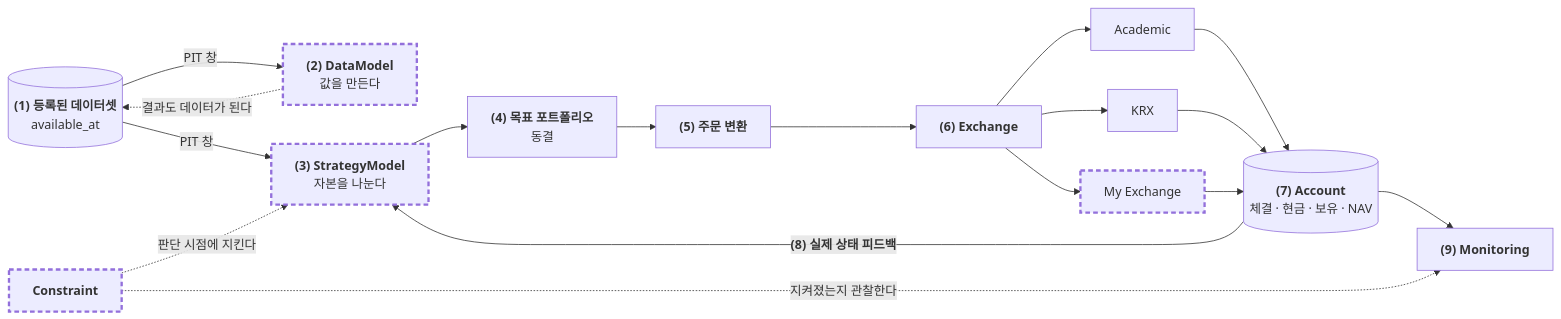
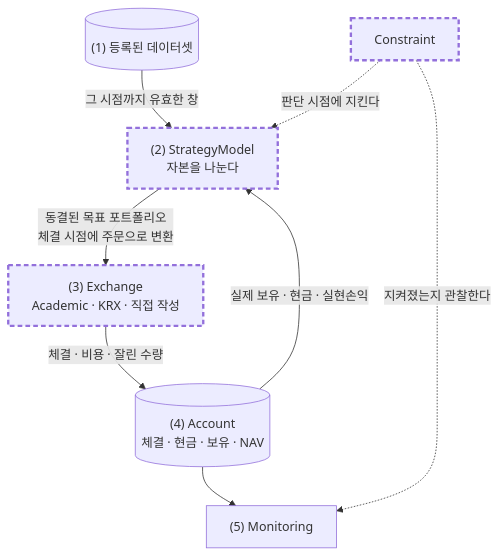
Before and after one commit to jaepil-choi/qlibx: the second of 3 diagrams in README-draft.md, drawn with Mermaid. The commit also changed other lines of this file, not shown here.

````diff
--- a/README-draft.md
+++ b/README-draft.md
@@ -103,33 +107,20 @@
 ```mermaid
-flowchart LR
-    DATA[("<b>(1) 등록된 데이터셋</b><br/>available_at")]
-    DM["<b>(2) DataModel</b><br/>값을 만든다"]
-    SM["<b>(3) StrategyModel</b><br/>자본을 나눈다"]
-    PORT["<b>(4) 목표 포트폴리오</b><br/>동결"]
-    ORD["<b>(5) 주문 변환</b>"]
-    EXC["<b>(6) Exchange</b>"]
-    ACAD["Academic"]
-    KRX["KRX"]
-    MINE["My Exchange"]
-    ACC[("<b>(7) Account</b><br/>체결 · 현금 · 보유 · NAV")]
-    CON["<b>Constraint</b>"]
-    MON["<b>(9) Monitoring</b>"]
+flowchart TD
+    DATA[("(1) 등록된 데이터셋")]
+    SM["(2) StrategyModel<br/>자본을 나눈다"]
+    EXC["(3) Exchange<br/>Academic · KRX · 직접 작성"]
+    ACC[("(4) Account<br/>체결 · 현금 · 보유 · NAV")]
+    MON["(5) Monitoring"]
+    CON["Constraint"]
 
-    DATA -->|"PIT 창"| DM
-    DM -.->|"결과도 데이터가 된다"| DATA
-    DATA -->|"PIT 창"| SM
-    SM --> PORT --> ORD --> EXC
-    EXC --> ACAD
-    EXC --> KRX
-    EXC --> MINE
-    ACAD --> ACC
-    KRX --> ACC
-    MINE --> ACC
-    ACC -->|"<b>(8) 실제 상태 피드백</b>"| SM
+    DATA -->|"그 시점까지 유효한 창"| SM
+    SM -->|"동결된 목표 포트폴리오<br/>체결 시점에 주문으로 변환"| EXC
+    EXC -->|"체결 · 비용 · 잘린 수량"| ACC
+    ACC -->|"실제 보유 · 현금 · 실현손익"| SM
     ACC --> MON
     CON -.->|"판단 시점에 지킨다"| SM
     CON -.->|"지켜졌는지 관찰한다"| MON
 
     classDef plug stroke-width:3px,stroke-dasharray:6 4
-    class DM,SM,MINE,CON plug
+    class SM,EXC,CON plug
 ```
````
